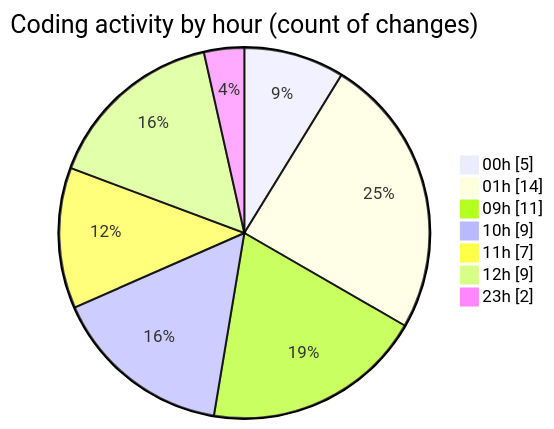
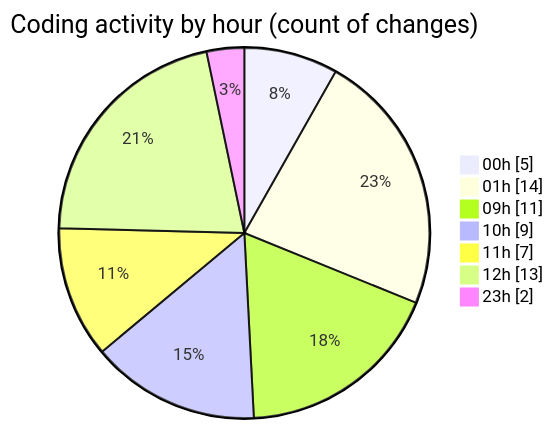
The second of 2 diagrams in 2025-11-26/eventscop-frontend-guide__workspace_/README.md (julien-gomy/code-tracking), drawn with Mermaid before and after one commit. The commit also changed other lines of this file and 1 other file, not shown here.

````diff
--- a/2025-11-26/eventscop-frontend-guide__workspace_/README.md
+++ b/2025-11-26/eventscop-frontend-guide__workspace_/README.md
@@ -44,11 +45,11 @@
 ```mermaid
 pie showData
 title Coding activity by hour (count of changes)
 "00h" : 5
 "01h" : 14
 "09h" : 11
 "10h" : 9
 "11h" : 7
-"12h" : 9
+"12h" : 13
 "23h" : 2
 ```
````
